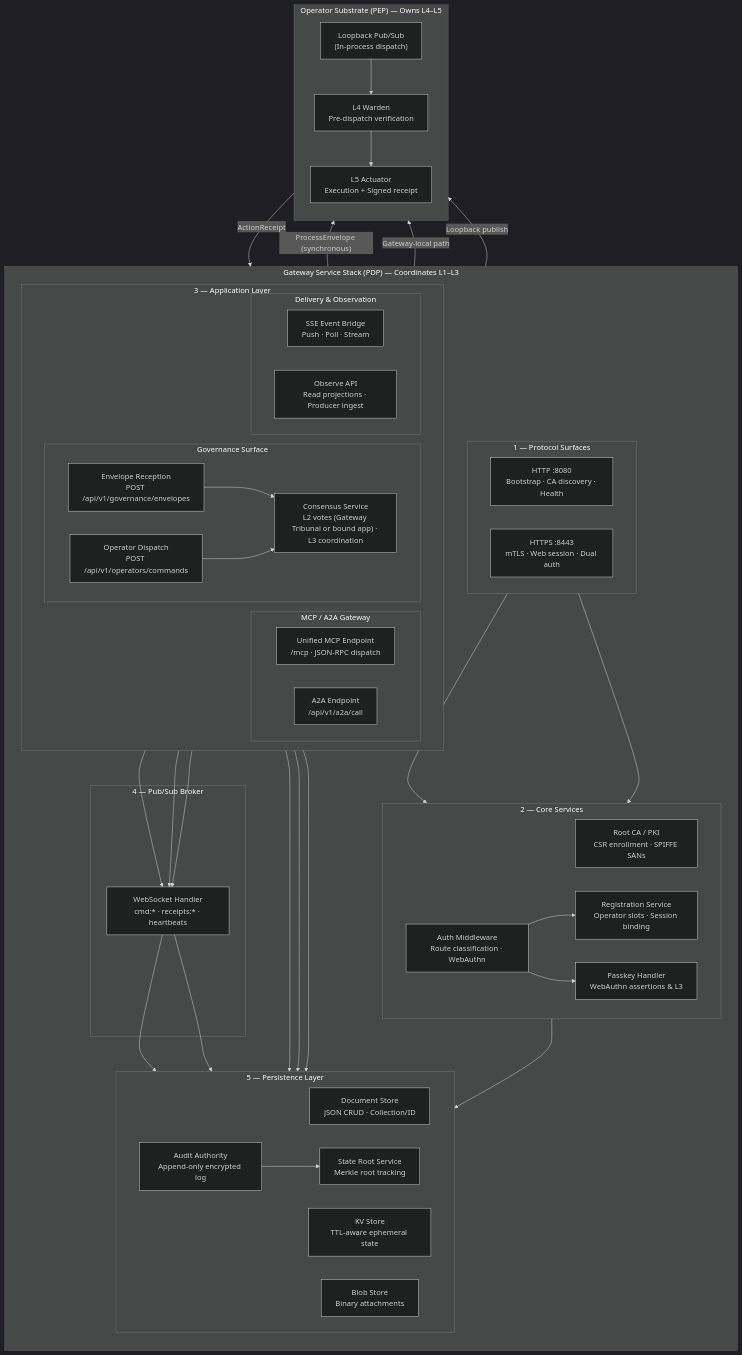
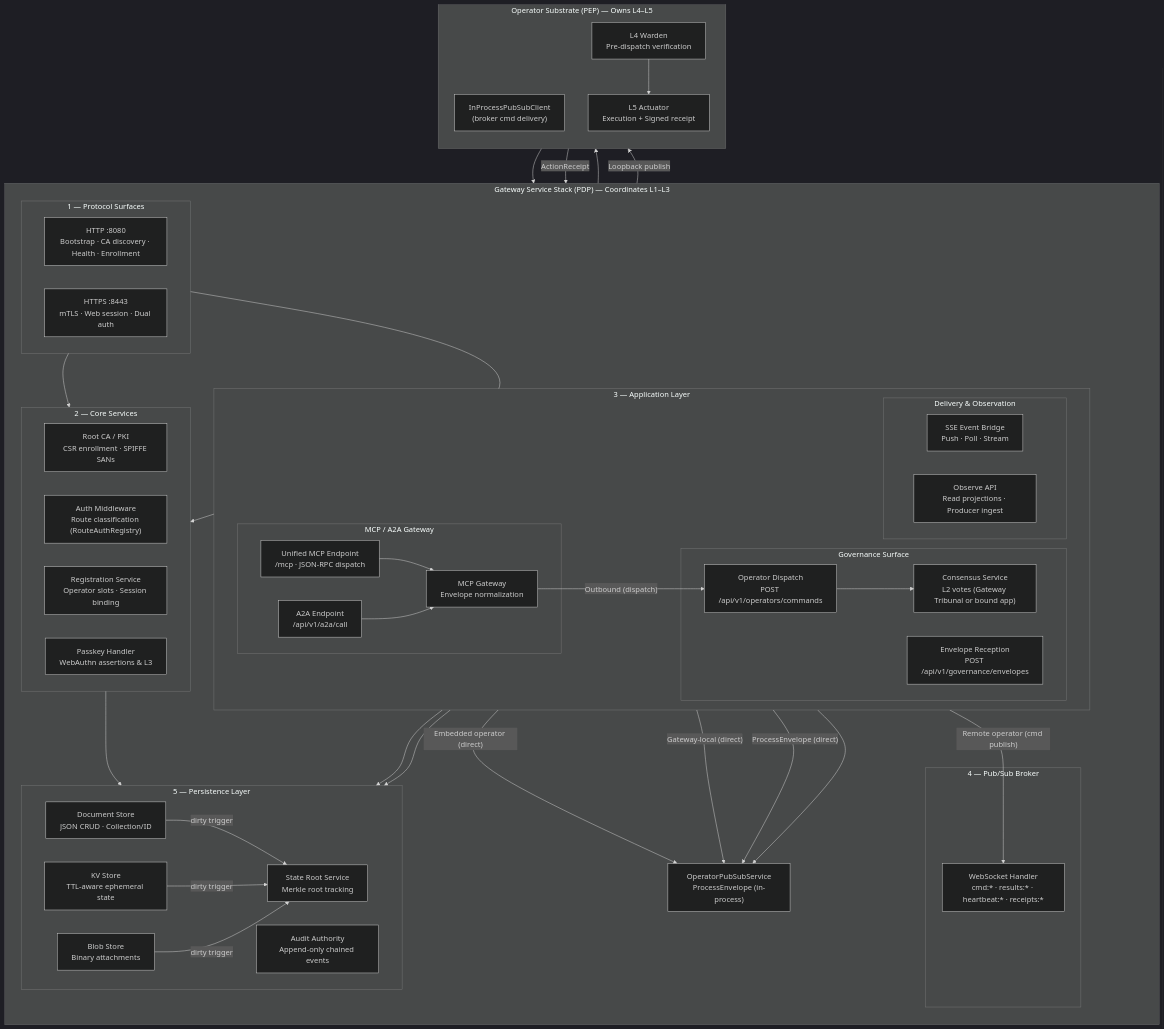
The diagram in docs/diagrams/graph-gateway-services.md (zerotrustdata/ztd), drawn with Mermaid (dark theme) before and after one commit. The commit also changed other lines of this file and 641 other files, not shown here.

First line of the commit message:
v1.3.0-2 : Tribunal Consensus and Governed Execution (#76)

````diff
--- a/docs/diagrams/graph-gateway-services.md
+++ b/docs/diagrams/graph-gateway-services.md
@@ -30,14 +30,14 @@
 
         subgraph Edge ["1 — Protocol Surfaces"]
             direction LR
-            HTTP["HTTP :8080<br/>Bootstrap · CA discovery · Health"]
+            HTTP["HTTP :8080<br/>Bootstrap · CA discovery · Health · Enrollment"]
             HTTPS["HTTPS :8443<br/>mTLS · Web session · Dual auth"]
         end
 
         subgraph Core ["2 — Core Services"]
             direction LR
             PKI["Root CA / PKI<br/>CSR enrollment · SPIFFE SANs"]
-            Auth["Auth Middleware<br/>Route classification · WebAuthn"]
+            Auth["Auth Middleware<br/>Route classification (RouteAuthRegistry)"]
             Reg["Registration Service<br/>Operator slots · Session binding"]
             Passkey["Passkey Handler<br/>WebAuthn assertions & L3"]
         end
@@ -47,11 +47,12 @@
             subgraph MCP ["MCP / A2A Gateway"]
                 MCPEndpoint["Unified MCP Endpoint<br/>/mcp · JSON-RPC dispatch"]
                 A2A["A2A Endpoint<br/>/api/v1/a2a/call"]
+                MCPGW["MCP Gateway<br/>Envelope normalization"]
             end
             subgraph Governance ["Governance Surface"]
                 EnvelopeRx["Envelope Reception<br/>POST /api/v1/governance/envelopes"]
                 Dispatch["Operator Dispatch<br/>POST /api/v1/operators/commands"]
-                Consensus["Consensus Service<br/>L2 votes (Gateway Tribunal or bound app) · L3 coordination"]
+                Consensus["Consensus Service<br/>L2 votes (Gateway Tribunal or bound app)"]
             end
             subgraph Delivery ["Delivery & Observation"]
                 SSE["SSE Event Bridge<br/>Push · Poll · Stream"]
@@ -60,7 +61,7 @@
         end
 
         subgraph Broker ["4 — Pub/Sub Broker"]
-            WSSHandler["WebSocket Handler<br/>cmd:* · receipts:* · heartbeats"]
+            WSSHandler["WebSocket Handler<br/>cmd:* · results:* · heartbeat:* · receipts:*"]
         end
 
         subgraph Data ["5 — Persistence Layer"]
@@ -68,41 +69,42 @@
             DocStore["Document Store<br/>JSON CRUD · Collection/ID"]
             KVStore["KV Store<br/>TTL-aware ephemeral state"]
             BlobStore["Blob Store<br/>Binary attachments"]
-            AuditDB["Audit Authority<br/>Append-only encrypted log"]
+            AuditDB["Audit Authority<br/>Append-only chained events"]
             StateRoot["State Root Service<br/>Merkle root tracking"]
         end
 
         HTTP --> PKI
         HTTPS --> Auth
-        Auth --> Reg
-        Auth --> Passkey
         Reg --> DocStore
 
-        EnvelopeRx --> Consensus
+        EnvelopeRx --> Warden_Entry
         Dispatch --> Consensus
-        Consensus --> StateRoot
+        MCPEndpoint --> MCPGW
+        A2A --> MCPGW
 
-        MCPEndpoint --> WSSHandler
-        A2A --> WSSHandler
-        Dispatch --> WSSHandler
-        WSSHandler --> DocStore
-        WSSHandler --> StateRoot
+        Dispatch -- "Remote operator (cmd publish)" --> WSSHandler
         SSE --> DocStore
         Observe --> DocStore
 
-        AuditDB --> StateRoot
+        DocStore -- "dirty trigger" --> StateRoot
+        KVStore -- "dirty trigger" --> StateRoot
+        BlobStore -- "dirty trigger" --> StateRoot
     end
 
     subgraph OperatorSubstrate ["Operator Substrate (PEP) — Owns L4–L5"]
         direction TB
-        LoopbackBridge["Loopback Pub/Sub<br/>(In-process dispatch)"]
+        LoopbackBridge["InProcessPubSubClient<br/>(broker cmd delivery)"]
+        Warden_Entry["OperatorPubSubService<br/>ProcessEnvelope (in-process)"]
         Warden["L4 Warden<br/>Pre-dispatch verification"]
         Actuator["L5 Actuator<br/>Execution + Signed receipt"]
-        LoopbackBridge --> Warden --> Actuator
+        LoopbackBridge --> Warden_Entry
+        Warden_Entry --> Warden --> Actuator
     end
 
-    EnvelopeRx -- "ProcessEnvelope (synchronous)" --> LoopbackBridge
-    MCPEndpoint -- "Gateway-local path" --> LoopbackBridge
+    EnvelopeRx -- "ProcessEnvelope (direct)" --> Warden_Entry
+    MCPGW -- "Gateway-local (direct)" --> Warden_Entry
+    MCPGW -- "Outbound (dispatch)" --> Dispatch
+    Dispatch -- "Embedded operator (direct)" --> Warden_Entry
     WSSHandler -- "Loopback publish" --> LoopbackBridge
     Actuator -- "ActionReceipt" --> AuditDB
 ```
````
